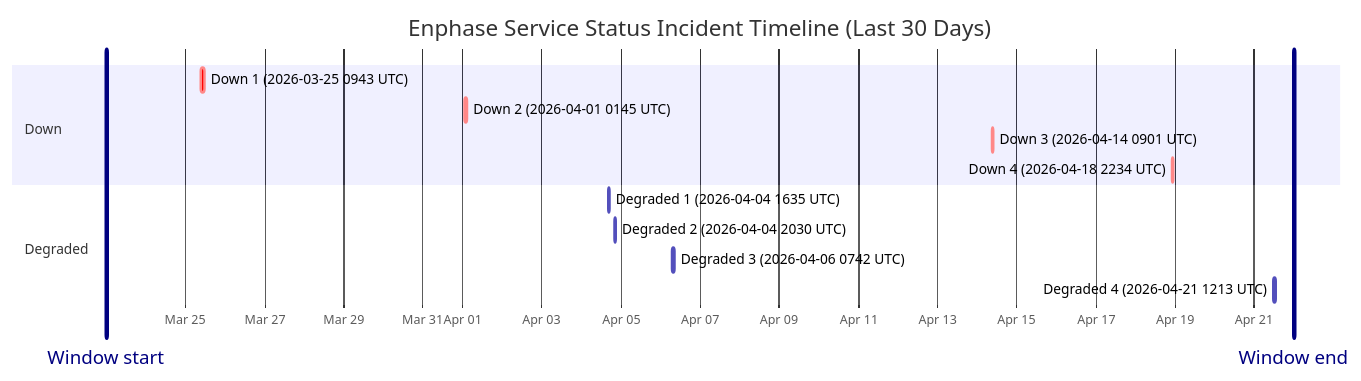
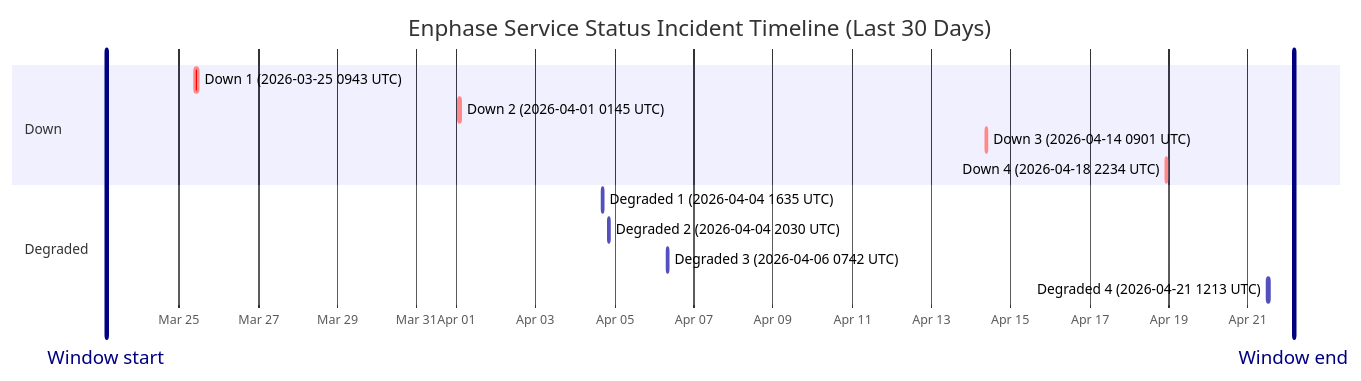
Before and after one commit to barneyonline/ha-enphase-ev-charger: the diagram in wiki/Service-Status-History.md, drawn with Mermaid. The commit also changed other lines of this file and 3 other files, not shown here.

````diff
--- a/wiki/Service-Status-History.md
+++ b/wiki/Service-Status-History.md
@@ -14,18 +14,18 @@
 ```mermaid
 gantt
     title Enphase Service Status Incident Timeline (Last 30 Days)
     dateFormat  YYYY-MM-DDTHH:mm:ss
     axisFormat  %b %d
-    Window start :vert, window-start, 2026-03-23T00:00:25, 0ms
-    Window end :vert, window-end, 2026-04-22T00:00:25, 0ms
+    Window start :vert, window-start, 2026-03-23T03:46:50, 0ms
+    Window end :vert, window-end, 2026-04-22T03:46:50, 0ms
     section Down
     Down 1 (2026-03-25 0943 UTC) :crit, down-1, 2026-03-25T09:43:28, 111m
     Down 2 (2026-04-01 0145 UTC) :crit, down-2, 2026-04-01T01:45:09, 60m
     Down 3 (2026-04-14 0901 UTC) :crit, down-3, 2026-04-14T09:01:13, 60m
     Down 4 (2026-04-18 2234 UTC) :crit, down-4, 2026-04-18T22:34:13, 60m
     section Degraded
     Degraded 1 (2026-04-04 1635 UTC) :active, degraded-1, 2026-04-04T16:35:17, 60m
     Degraded 2 (2026-04-04 2030 UTC) :active, degraded-2, 2026-04-04T20:30:40, 60m
     Degraded 3 (2026-04-06 0742 UTC) :active, degraded-3, 2026-04-06T07:42:09, 85m
     Degraded 4 (2026-04-21 1213 UTC) :active, degraded-4, 2026-04-21T12:13:11, 60m
 ```
````
